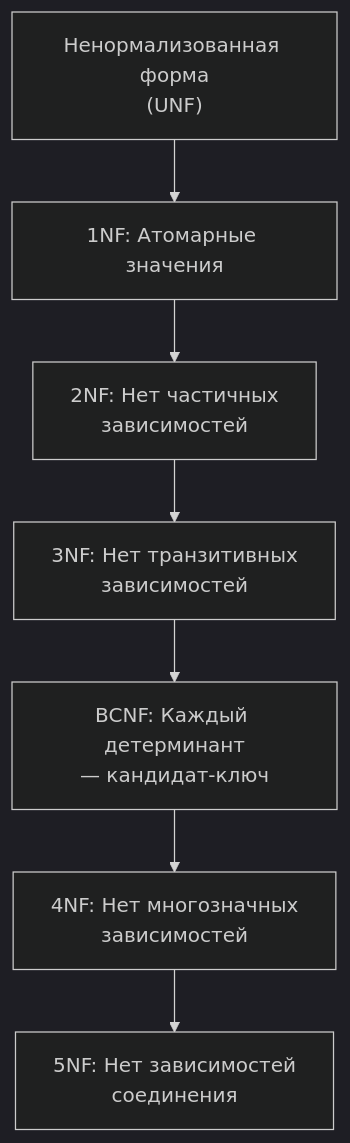
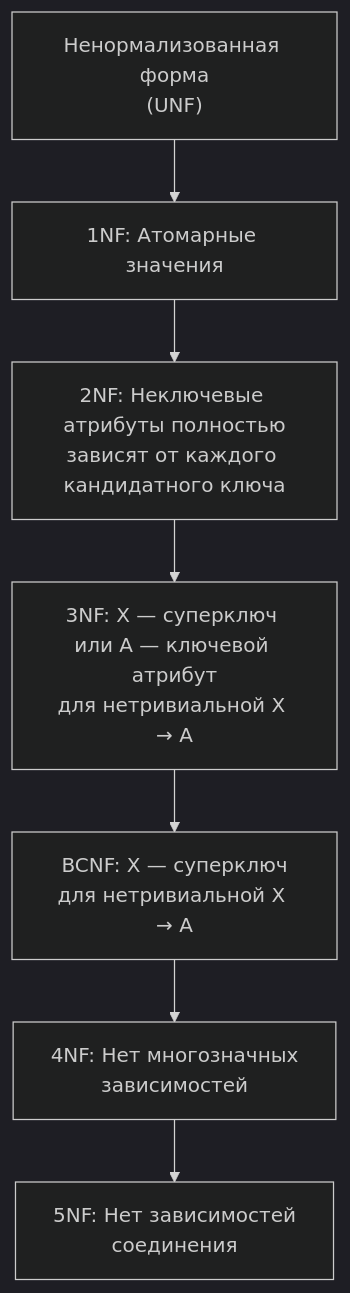
The first of 5 diagrams in cheatsheets/interview/databases/sql-interview.md (akeverus/cheat-sheet), drawn with Mermaid (dark theme) before and after one commit. The commit also changed other lines of this file and 154 other files, not shown here.

````diff
--- a/cheatsheets/interview/databases/sql-interview.md
+++ b/cheatsheets/interview/databases/sql-interview.md
@@ -279,9 +285,9 @@
 ```mermaid
 graph TD
     UNF["Ненормализованная форма<br/>(UNF)"] --> 1NF["1NF: Атомарные значения"]
-    1NF --> 2NF["2NF: Нет частичных<br/>зависимостей"]
-    2NF --> 3NF["3NF: Нет транзитивных<br/>зависимостей"]
-    3NF --> BCNF["BCNF: Каждый детерминант<br/>— кандидат-ключ"]
+    1NF --> 2NF["2NF: Неключевые атрибуты полностью<br/>зависят от каждого кандидатного ключа"]
+    2NF --> 3NF["3NF: X — суперключ или A — ключевой атрибут<br/>для нетривиальной X → A"]
+    3NF --> BCNF["BCNF: X — суперключ<br/>для нетривиальной X → A"]
     BCNF --> 4NF["4NF: Нет многозначных<br/>зависимостей"]
     4NF --> 5NF["5NF: Нет зависимостей<br/>соединения"]
 ```
````
